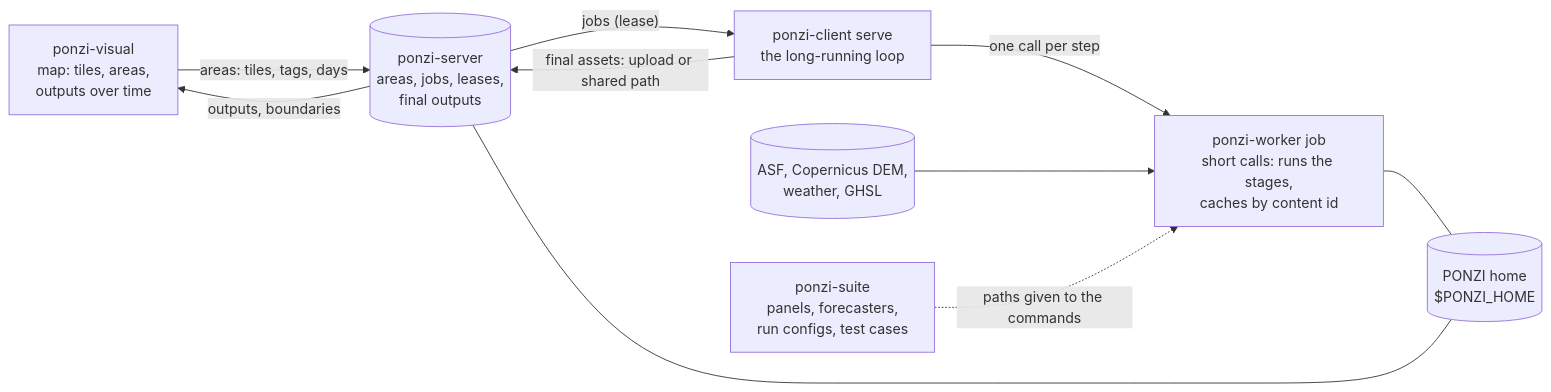
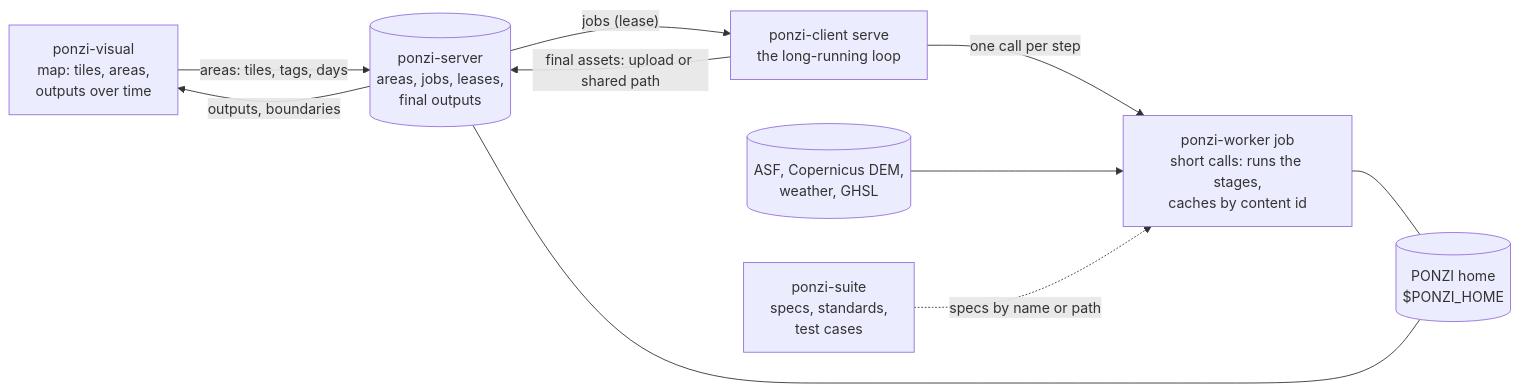
Before and after one commit to conflict-ecology/ponzi-suite: the first of 5 diagrams in docs/method/workflows.md, drawn with Mermaid. The commit also changed other lines of this file and 54 other files, not shown here.

````diff
--- a/docs/method/workflows.md
+++ b/docs/method/workflows.md
@@ -109,19 +109,19 @@
 ```mermaid
 flowchart LR
-  suite["ponzi-suite<br/>panels, forecasters,<br/>run configs, test cases"]
+  suite["ponzi-suite<br/>specs, standards,<br/>test cases"]
   visual["ponzi-visual<br/>map: tiles, areas,<br/>outputs over time"]
   server[("ponzi-server<br/>areas, jobs, leases,<br/>final outputs")]
   client["ponzi-client serve<br/>the long-running loop"]
   worker["ponzi-worker job<br/>short calls: runs the stages,<br/>caches by content id"]
   home[("PONZI home<br/>$PONZI_HOME")]
   data[("ASF, Copernicus DEM,<br/>weather, GHSL")]
   visual -- "areas: tiles, tags, days" --> server
   server -- "outputs, boundaries" --> visual
   server -- "jobs (lease)" --> client
   client -- "one call per step" --> worker
   client -- "final assets: upload or shared path" --> server
   data --> worker
   worker --- home
   server --- home
-  suite -. "paths given to the commands" .-> worker
+  suite -. "specs by name or path" .-> worker
 ```
````
